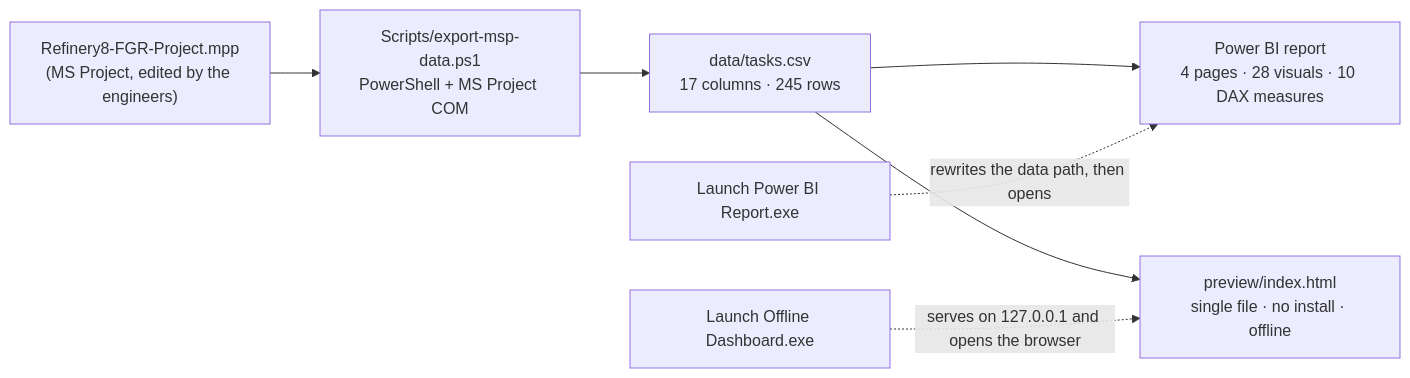
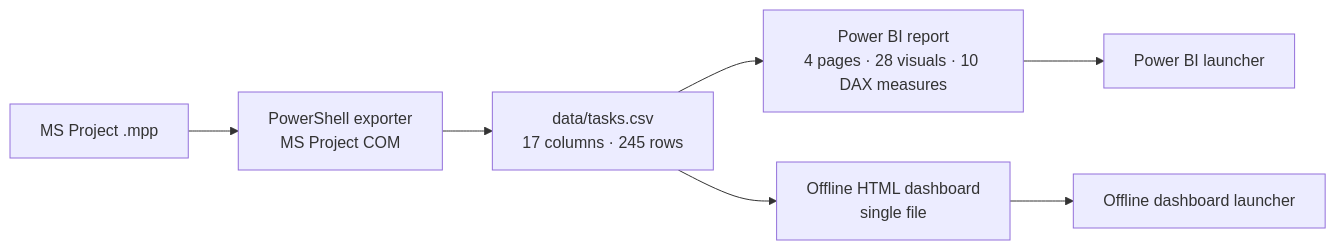
Before and after one commit to hossein-moradi-sci/refinery-epc-progress-dashboard: the diagram in README.md, drawn with Mermaid. The commit also changed other lines of this file, not shown here.

````diff
--- a/README.md
+++ b/README.md
@@ -96,16 +84,9 @@
 ```mermaid
 flowchart LR
-    MPP["Refinery8-FGR-Project.mpp<br/>(MS Project, edited by the engineers)"]
-    EXP["Scripts/export-msp-data.ps1<br/>PowerShell + MS Project COM"]
-    CSV["data/tasks.csv<br/>17 columns · 245 rows"]
-    PBI["Power BI report<br/>4 pages · 28 visuals · 10 DAX measures"]
-    WEB["preview/index.html<br/>single file · no install · offline"]
-    EXE1["Launch Power BI Report.exe"]
-    EXE2["Launch Offline Dashboard.exe"]
-
-    MPP --> EXP --> CSV
-    CSV --> PBI
-    CSV --> WEB
-    EXE1 -.->|rewrites the data path, then opens| PBI
-    EXE2 -.->|serves on 127.0.0.1 and opens the browser| WEB
+    MPP["MS Project .mpp"] --> EXP["PowerShell exporter<br/>MS Project COM"]
+    EXP --> CSV["data/tasks.csv<br/>17 columns · 245 rows"]
+    CSV --> PBI["Power BI report<br/>4 pages · 28 visuals · 10 DAX measures"]
+    CSV --> WEB["Offline HTML dashboard<br/>single file"]
+    PBI --> EXE1["Power BI launcher"]
+    WEB --> EXE2["Offline dashboard launcher"]
 ```
````
